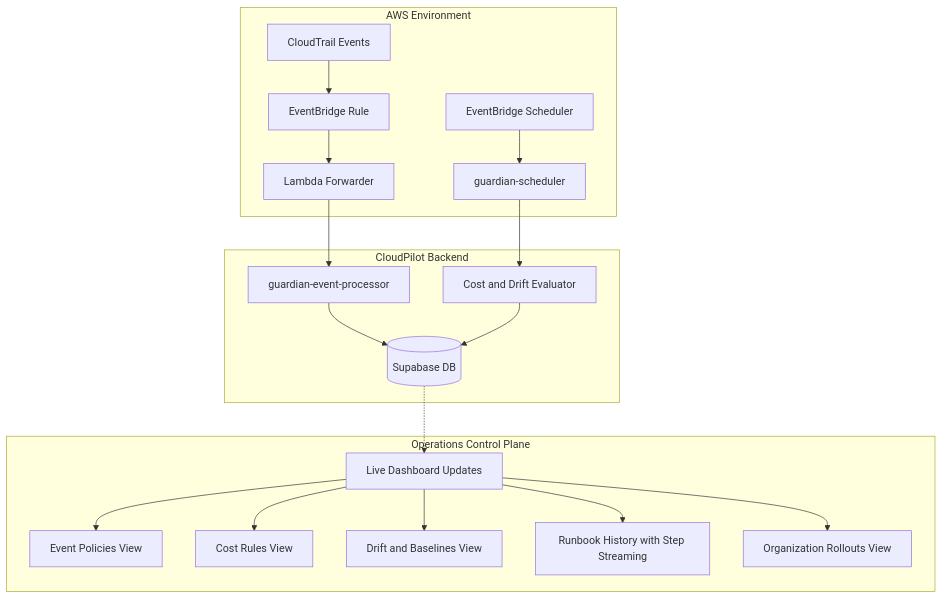
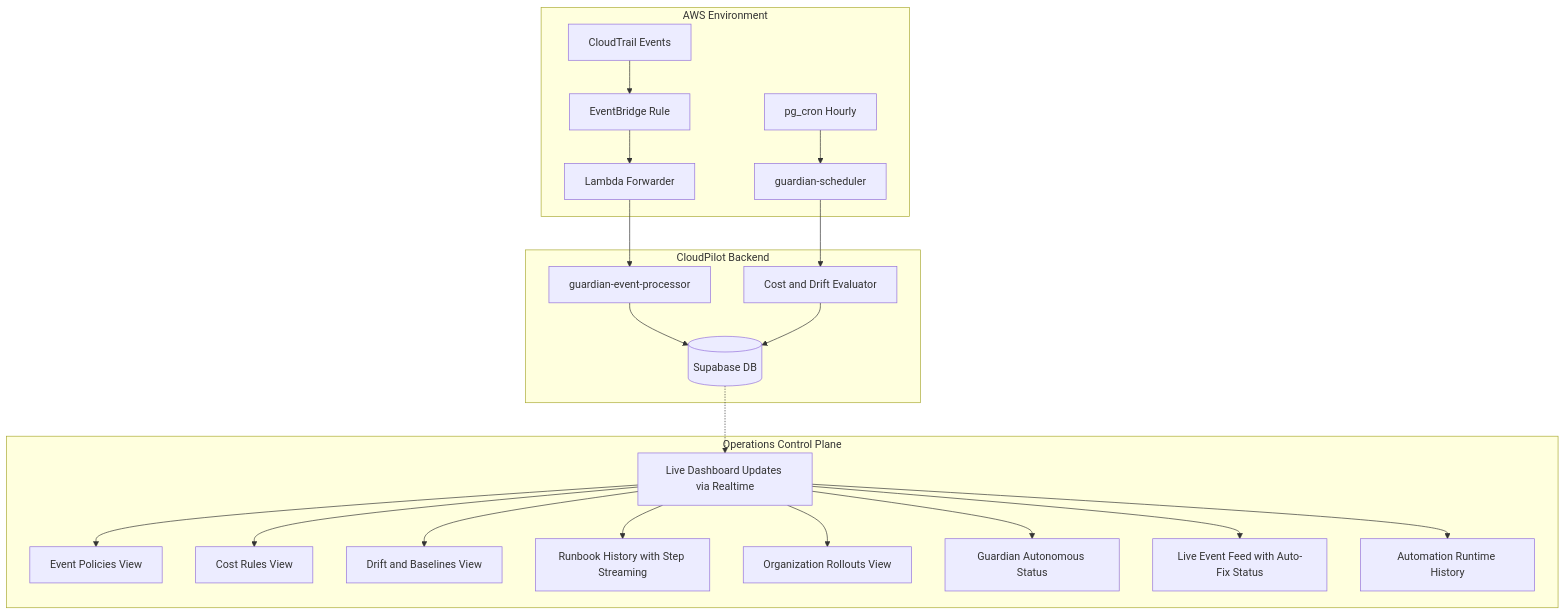
One commit to ritvikindupuri/aws-ai-agent changed diagram 25 of 26 in TECHNICAL_DOCUMENTATION.md. Above: the diagram before and after it, drawn with Mermaid. The commit also changed other lines of this file, not shown here.

Commit message:
Updated guardian docs & feed

````diff
--- a/TECHNICAL_DOCUMENTATION.md
+++ b/TECHNICAL_DOCUMENTATION.md
@@ -2055,24 +2055,27 @@
 ```mermaid
 graph TB
     subgraph AWS Environment
         A[CloudTrail Events] --> B[EventBridge Rule]
         B --> C[Lambda Forwarder]
-        D[EventBridge Scheduler] --> E[guardian-scheduler]
+        D[pg_cron Hourly] --> E[guardian-scheduler]
     end
 
     subgraph CloudPilot Backend
         C --> F[guardian-event-processor]
         E --> G[Cost and Drift Evaluator]
         F --> H[(Supabase DB)]
         G --> H
     end
 
     subgraph Operations Control Plane
-        H -.-> I[Live Dashboard Updates]
+        H -.-> I[Live Dashboard Updates via Realtime]
         I --> J[Event Policies View]
         I --> K[Cost Rules View]
         I --> L[Drift and Baselines View]
         I --> M4[Runbook History with Step Streaming]
         I --> N[Organization Rollouts View]
+        I --> O[Guardian Autonomous Status]
+        I --> P2[Live Event Feed with Auto-Fix Status]
+        I --> Q2[Automation Runtime History]
     end
 ```
````
